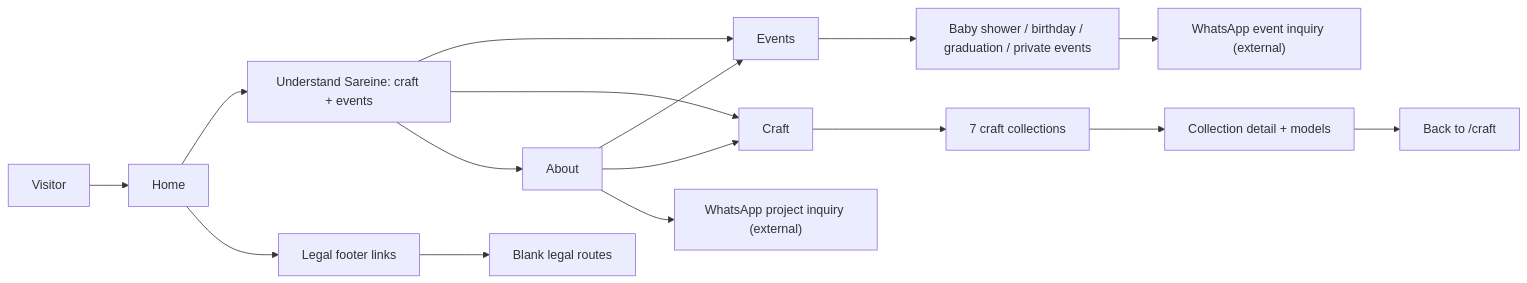
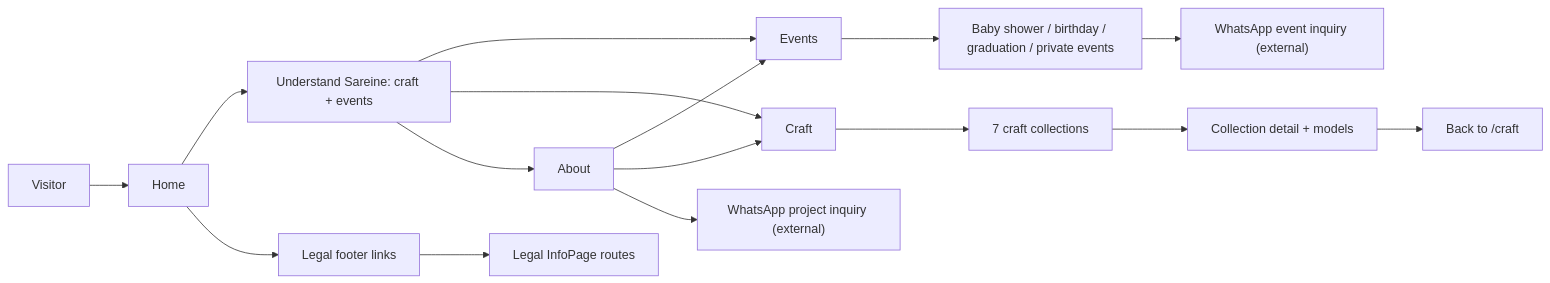
Before and after one commit to HID4N1/sareine_craft: the second of 5 diagrams in docs/WEBSITE_AUDIT.md, drawn with Mermaid. The commit also changed other lines of this file and 1 other file, not shown here.

````diff
--- a/docs/WEBSITE_AUDIT.md
+++ b/docs/WEBSITE_AUDIT.md
@@ -274,22 +290,22 @@
 ```mermaid
 flowchart LR
     Visitor["Visitor"] --> Home["Home"]
     Home --> Understand["Understand Sareine: craft + events"]
     Understand --> Events["Events"]
     Understand --> Craft["Craft"]
     Understand --> About["About"]
 
     Events --> EventCategories["Baby shower / birthday / graduation / private events"]
     EventCategories --> EventWhatsApp["WhatsApp event inquiry (external)"]
 
     Craft --> Collections["7 craft collections"]
     Collections --> CollectionDetail["Collection detail + models"]
     CollectionDetail --> CraftBack["Back to /craft"]
 
     About --> Events
     About --> Craft
     About --> ProjectWhatsApp["WhatsApp project inquiry (external)"]
 
     Home --> FooterLegal["Legal footer links"]
-    FooterLegal --> BlankLegal["Blank legal routes"]
+    FooterLegal --> LegalInfo["Legal InfoPage routes"]
 ```
````
